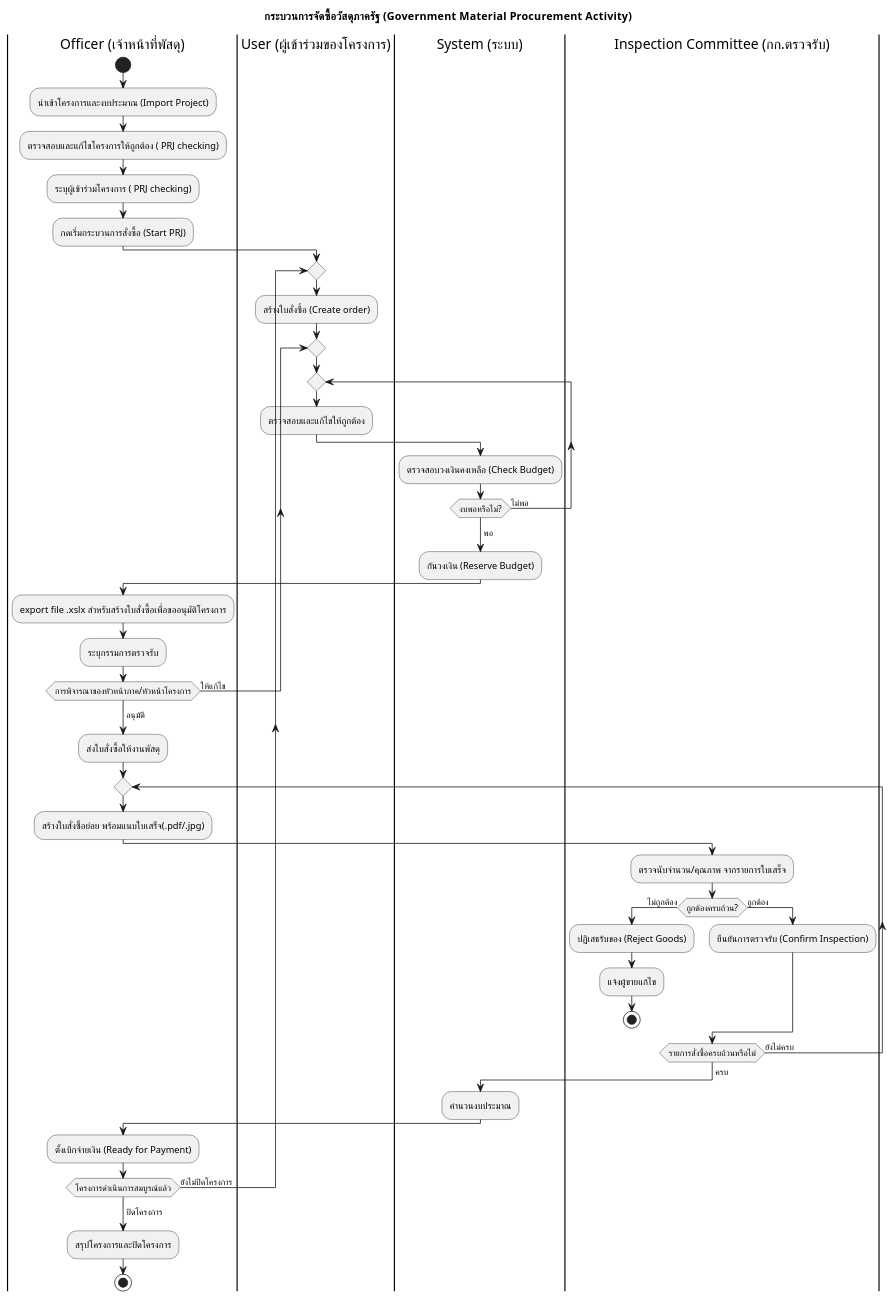
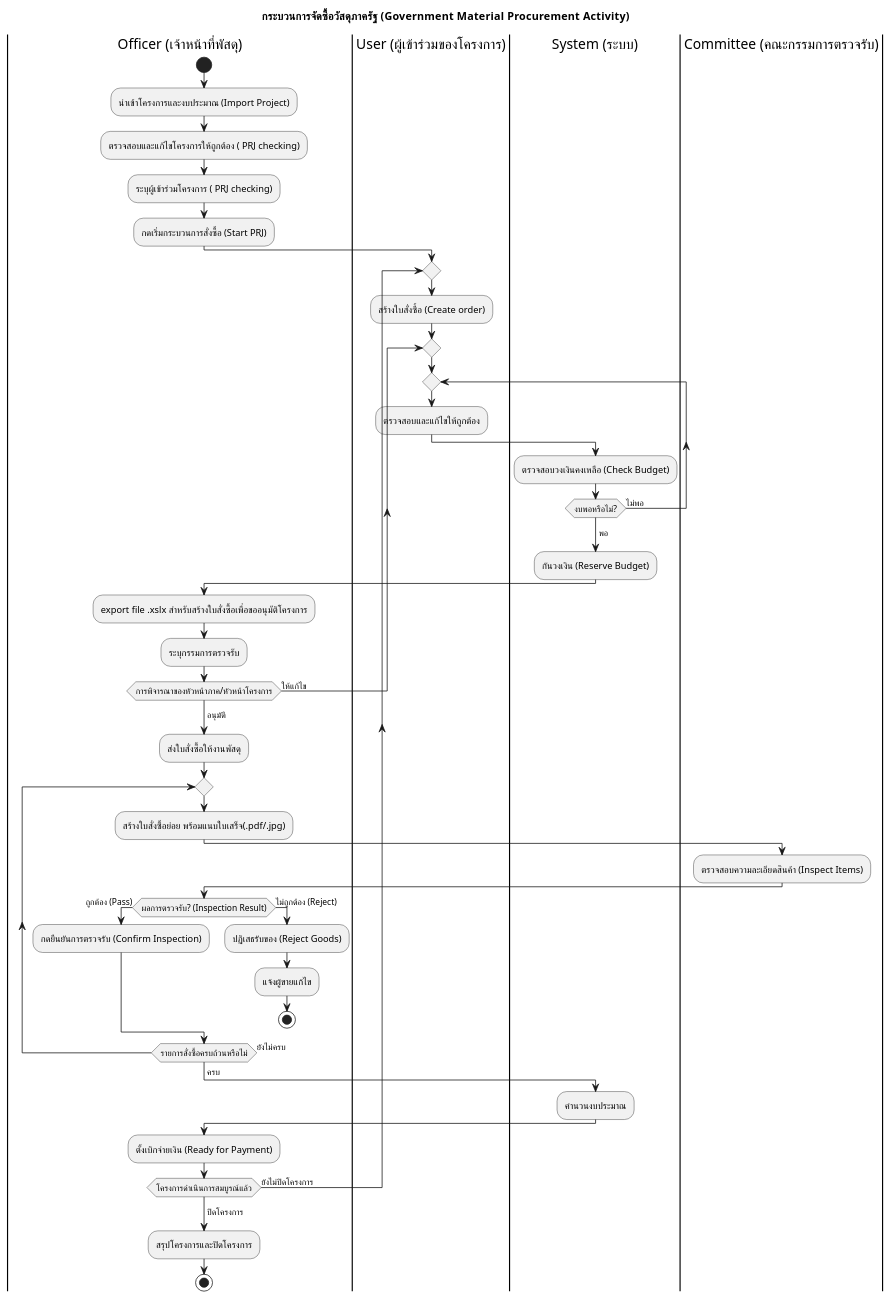
The diagram in Diagram/Activity Diagram.puml (Thavizup-Deesan/DSSI-PROJECT-2568), drawn with PlantUML before and after one commit. The commit also changed 9085 other files, not shown here.

```diff
--- a/Diagram/Activity Diagram.puml
+++ b/Diagram/Activity Diagram.puml
@@ -1,58 +1,59 @@
 @startuml
 title กระบวนการจัดซื้อวัสดุภาครัฐ (Government Material Procurement Activity)
 
 
 |Officer (เจ้าหน้าที่พัสดุ)|
 start
 :นำเข้าโครงการและงบประมาณ (Import Project);
 :ตรวจสอบและแก้ไขโครงการให้ถูกต้อง ( PRJ checking);
 :ระบุผู้เข้าร่วมโครงการ ( PRJ checking);
 :กดเริ่มกระบวนการสั่งซื้อ (Start PRJ);
 |User (ผู้เข้าร่วมของโครงการ)|
 repeat
 
     :สร้างใบสั่งซื้อ (Create order);
     repeat
         repeat
             :ตรวจสอบและแก้ไขให้ถูกต้อง;
             |System (ระบบ)|
             :ตรวจสอบวงเงินคงเหลือ (Check Budget);
         repeat while (งบพอหรือไม่?) is (ไม่พอ) ->[แก้ไข]
 
         ->พอ;
         :กันวงเงิน (Reserve Budget);
 
         |Officer (เจ้าหน้าที่พัสดุ)|
         :export file .xslx สำหรับสร้างใบสั่งซื้อเพื่อขออนุมัติโครงการ;
         :ระบุกรรมการตรวจรับ;
     repeat while (การพิจารณาของหัวหน้าภาค/หัวหน้าโครงการ) is (ให้แก้ไข)  -> [แก้ไข]
     -> อนุมัติ;
     :ส่งใบสั่งซื้อให้งานพัสดุ;
     repeat
         :สร้างใบสั่งซื้อย่อย พร้อมแนบใบเสร็จ(.pdf/.jpg);
-        |Inspection Committee (กก.ตรวจรับ)|
-        :ตรวจนับจำนวน/คุณภาพ จากรายการใบเสร็จ;
-        if (ถูกต้องครบถ้วน?) then (ไม่ถูกต้อง)
+        |Committee (คณะกรรมการตรวจรับ)|
+        :ตรวจสอบความละเอียดสินค้า (Inspect Items);
+        |Officer (เจ้าหน้าที่พัสดุ)|
+        if (ผลการตรวจรับ? (Inspection Result)) then (ถูกต้อง (Pass))
+            :กดยืนยันการตรวจรับ (Confirm Inspection);
+        else (ไม่ถูกต้อง (Reject))
             :ปฏิเสธรับของ (Reject Goods);
             :แจ้งผู้ขายแก้ไข;
             stop
-        else (ถูกต้อง)
-            :ยืนยันการตรวจรับ (Confirm Inspection);
         endif
     repeat while (รายการสั่งซื้อครบถ้วนหรือไม่) is (ยังไม่ครบ)
 
     -> ครบ;
     |System (ระบบ)|
     :คำนวนงบประมาณ;
 
     |Officer (เจ้าหน้าที่พัสดุ)|
     :ตั้งเบิกจ่ายเงิน (Ready for Payment);
     
 
 repeat while (โครงการดำเนินการสมบูรณ์แล้ว) is (ยังไม่ปิดโครงการ)
     -> ปิดโครงการ;
     :สรุปโครงการและปิดโครงการ;
 
 stop
 
 @enduml
```
